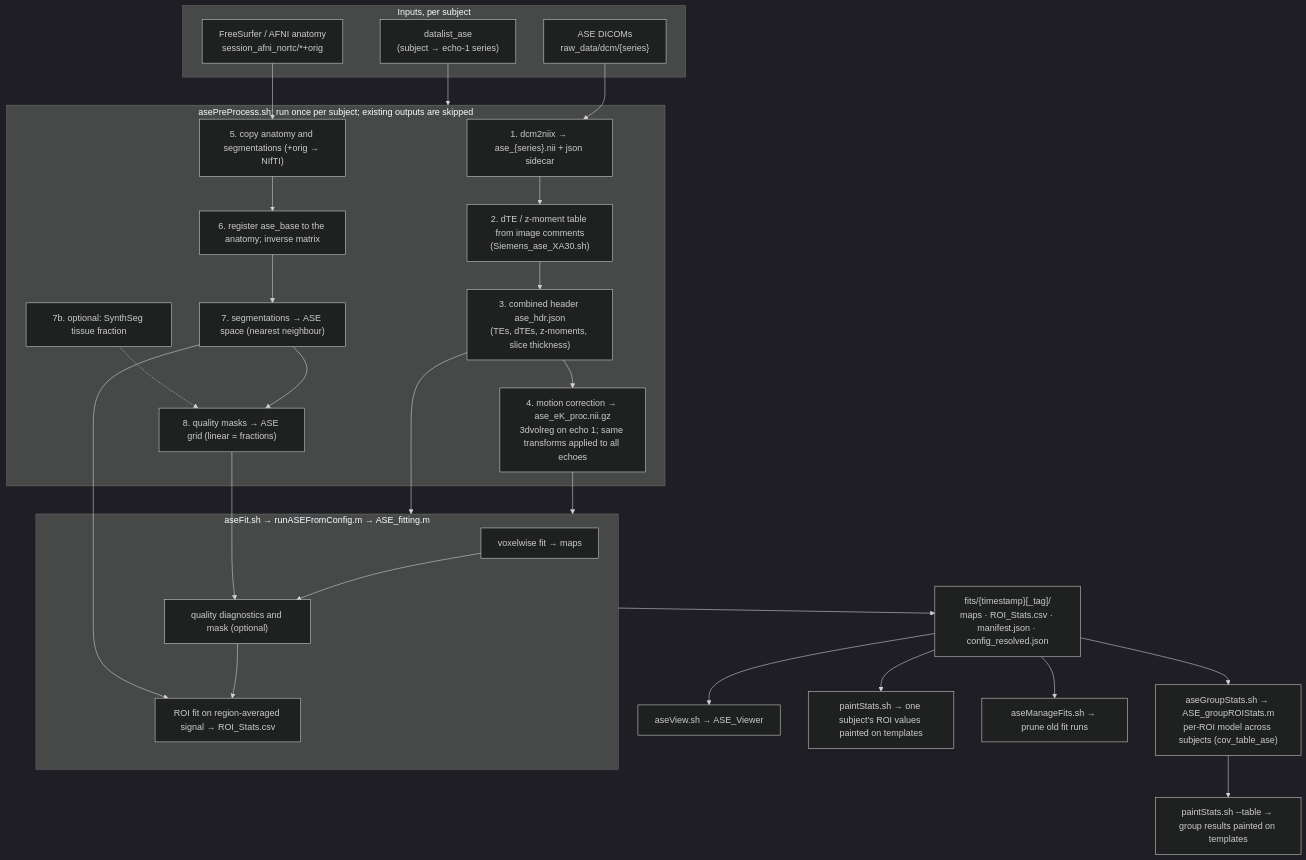
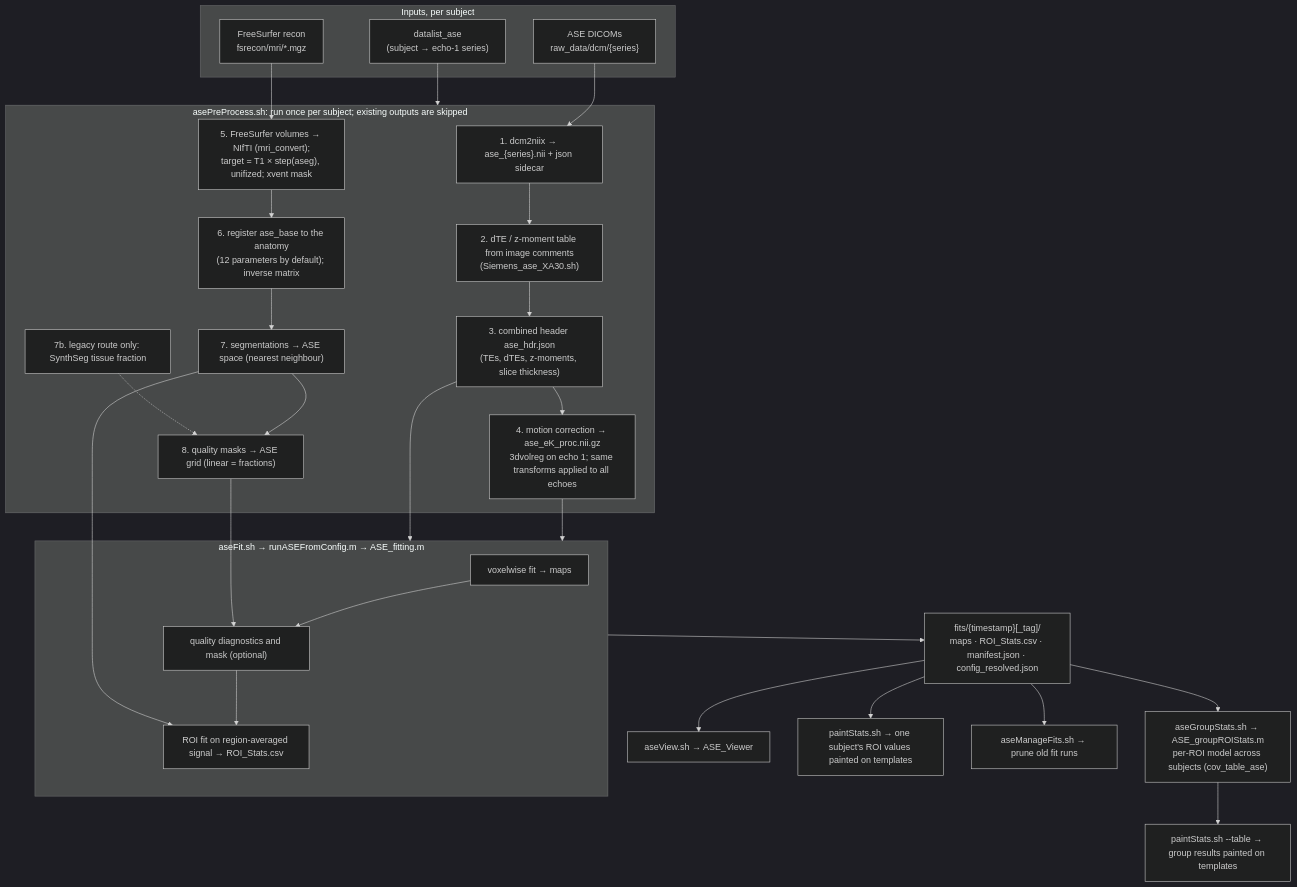
The first of 2 diagrams in docs/pipeline.md (scalos/ASE_Processing), drawn with Mermaid (dark theme) before and after one commit. The commit also changed other lines of this file and 21 other files, not shown here.

````diff
--- a/docs/pipeline.md
+++ b/docs/pipeline.md
@@ -7,45 +7,45 @@
 ```mermaid
 flowchart TD
     subgraph IN["Inputs, per subject"]
         DCM["ASE DICOMs<br/>raw_data/dcm/{series}"]
-        ANAT["FreeSurfer / AFNI anatomy<br/>session_afni_nortc/*+orig"]
+        ANAT["FreeSurfer recon<br/>fsrecon/mri/*.mgz"]
         LIST["datalist_ase<br/>(subject → echo-1 series)"]
     end
 
     subgraph PRE["asePreProcess.sh: run once per subject; existing outputs are skipped"]
         S1["1. dcm2niix → ase_{series}.nii + json sidecar"]
         S2["2. dTE / z-moment table from image comments<br/>(Siemens_ase_XA30.sh)"]
         S3["3. combined header ase_hdr.json<br/>(TEs, dTEs, z-moments, slice thickness)"]
         S4["4. motion correction → ase_eK_proc.nii.gz<br/>3dvolreg on echo 1; same transforms applied to all echoes"]
-        S5["5. copy anatomy and segmentations (+orig → NIfTI)"]
-        S6["6. register ase_base to the anatomy; inverse matrix"]
+        S5["5. FreeSurfer volumes → NIfTI (mri_convert);<br/>target = T1 × step(aseg), unifized; xvent mask"]
+        S6["6. register ase_base to the anatomy<br/>(12 parameters by default); inverse matrix"]
         S7["7. segmentations → ASE space (nearest neighbour)"]
-        S7b["7b. optional: SynthSeg tissue fraction"]
+        S7b["7b. legacy route only: SynthSeg tissue fraction"]
         S8["8. quality masks → ASE grid (linear = fractions)"]
         S1 --> S2 --> S3 --> S4
         S5 --> S6 --> S7 --> S8
         S7b -.-> S8
     end
 
     subgraph FIT["aseFit.sh → runASEFromConfig.m → ASE_fitting.m"]
         F1["voxelwise fit → maps"]
         F2["quality diagnostics and mask (optional)"]
         F3["ROI fit on region-averaged signal → ROI_Stats.csv"]
         F1 --> F2 --> F3
     end
 
     DCM --> S1
     LIST --> PRE
     ANAT --> S5
     S4 --> FIT
     S3 --> FIT
     S7 --> F3
     S8 --> F2
 
     FIT --> OUT["fits/{timestamp}[_tag]/<br/>maps · ROI_Stats.csv · manifest.json · config_resolved.json"]
     OUT --> VIEW["aseView.sh → ASE_Viewer"]
     OUT --> PAINT["paintStats.sh → one subject's ROI values painted on templates"]
     OUT --> GROUP["aseGroupStats.sh → ASE_groupROIStats.m<br/>per-ROI model across subjects (cov_table_ase)"]
     GROUP --> GPAINT["paintStats.sh --table → group results painted on templates"]
     OUT --> MANAGE["aseManageFits.sh → prune old fit runs"]
 ```
````
